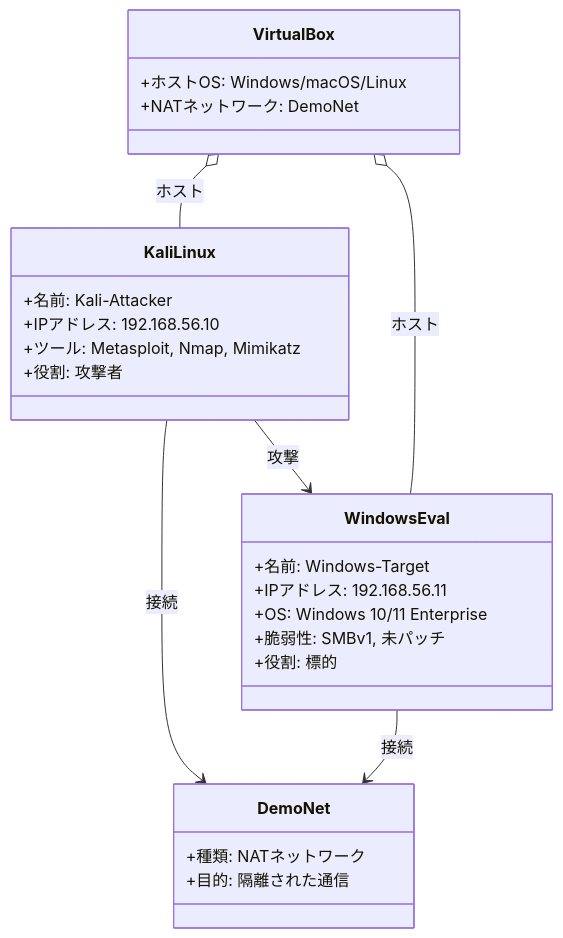
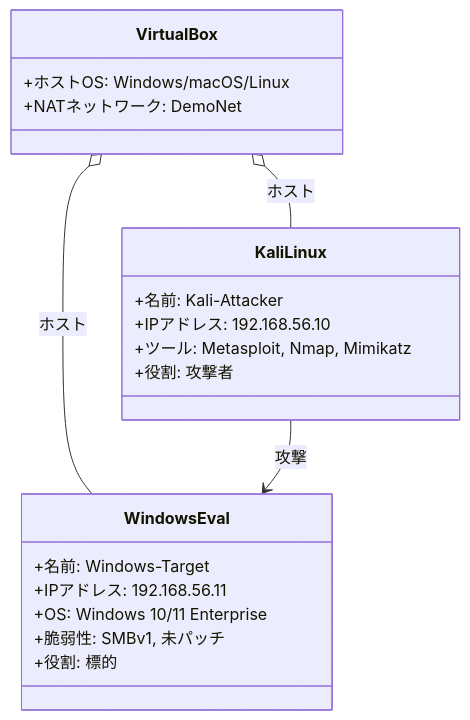
Before and after one commit to JT-External/apt-demo-explanation: the first of 2 diagrams in README.md, drawn with Mermaid.

````diff
--- a/README.md
+++ b/README.md
@@ -3,30 +3,24 @@
 ```mermaid
 classDiagram
     class VirtualBox {
         +ホストOS: Windows/macOS/Linux
         +NATネットワーク: DemoNet
     }
     class KaliLinux {
         +名前: Kali-Attacker
         +IPアドレス: 192.168.56.10
         +ツール: Metasploit, Nmap, Mimikatz
         +役割: 攻撃者
     }
     class WindowsEval {
         +名前: Windows-Target
         +IPアドレス: 192.168.56.11
         +OS: Windows 10/11 Enterprise
         +脆弱性: SMBv1, 未パッチ
         +役割: 標的
     }
-    class DemoNet {
-        +種類: NATネットワーク
-        +目的: 隔離された通信
-    }
 
     VirtualBox o-- KaliLinux : ホスト
     VirtualBox o-- WindowsEval : ホスト
-    KaliLinux --> DemoNet : 接続
-    WindowsEval --> DemoNet : 接続
     KaliLinux --> WindowsEval : 攻撃
 ```
````
